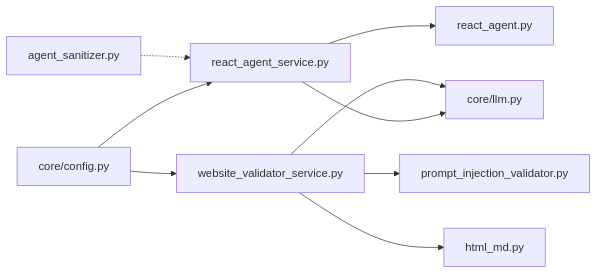
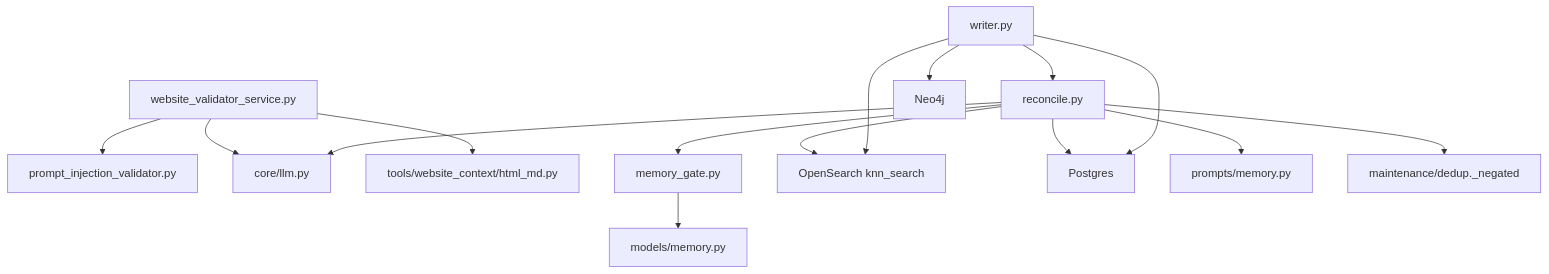
Before and after one commit to tashifkhan/tashif.codes: the seventh of 7 diagrams in src/data/docs/agentic-browser/Prompts and Prompt Engineering/Prompt Security and Validation.md, drawn with Mermaid. The commit also changed other lines of this file and 114 other files, not shown here.

````diff
--- a/src/data/docs/agentic-browser/Prompts and Prompt Engineering/Prompt Security and Validation.md
+++ b/src/data/docs/agentic-browser/Prompts and Prompt Engineering/Prompt Security and Validation.md
@@ -211,11 +173,17 @@
 ```mermaid
-graph LR
-WVS["website_validator_service.py"] --> PIV["prompt_injection_validator.py"]
-WVS --> HTML2MD["html_md.py"]
-WVS --> LLM["core/llm.py"]
-RAS["react_agent_service.py"] --> RA["react_agent.py"]
-RAS --> LLM
-SAN["agent_sanitizer.py"] -.-> RAS
-CFG["core/config.py"] --> WVS
-CFG --> RAS
+graph TB
+  WVS["website_validator_service.py"] --> PV["prompt_injection_validator.py"]
+  WVS --> LLM["core/llm.py"]
+  WVS --> HM["tools/website_context/html_md.py"]
+  GA["memory_gate.py"] --> MD["models/memory.py"]
+  RC["reconcile.py"] --> GA
+  RC --> OS["OpenSearch knn_search"]
+  RC --> PG["Postgres"]
+  RC --> LLM
+  RC --> PM["prompts/memory.py"]
+  RC --> DD["maintenance/dedup._negated"]
+  WR["writer.py"] --> RC
+  WR --> OS
+  WR --> PG
+  WR --> N4["Neo4j"]
 ```
````
